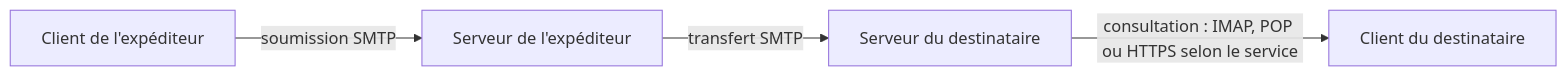
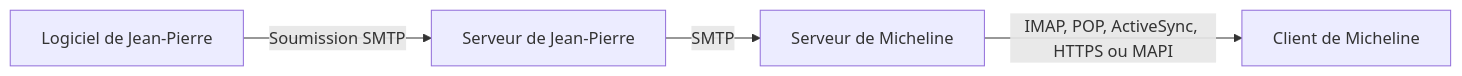
One commit to sk34pk25/tssr-cours changed the diagram in docs/modules/03-microsoft-365-outils-collaboratifs/module-04-exploiter-outlook-et-savoir-le-depanner.md. Above: the diagram before and after it, drawn with Mermaid. The commit also changed other lines of this file and 11 other files, not shown here.

````diff
--- a/docs/modules/03-microsoft-365-outils-collaboratifs/module-04-exploiter-outlook-et-savoir-le-depanner.md
+++ b/docs/modules/03-microsoft-365-outils-collaboratifs/module-04-exploiter-outlook-et-savoir-le-depanner.md
@@ -60,6 +34,6 @@
 ```mermaid
 flowchart LR
-    A["Client de l'expéditeur"] -->|"soumission SMTP"| B["Serveur de l'expéditeur"]
-    B -->|"transfert SMTP"| C["Serveur du destinataire"]
-    C -->|"consultation : IMAP, POP ou HTTPS selon le service"| D["Client du destinataire"]
+    A["Logiciel de Jean-Pierre"] -->|"Soumission SMTP"| B["Serveur de Jean-Pierre"]
+    B -->|"SMTP"| C["Serveur de Micheline"]
+    C -->|"IMAP, POP, ActiveSync, HTTPS ou MAPI"| D["Client de Micheline"]
 ```
````
